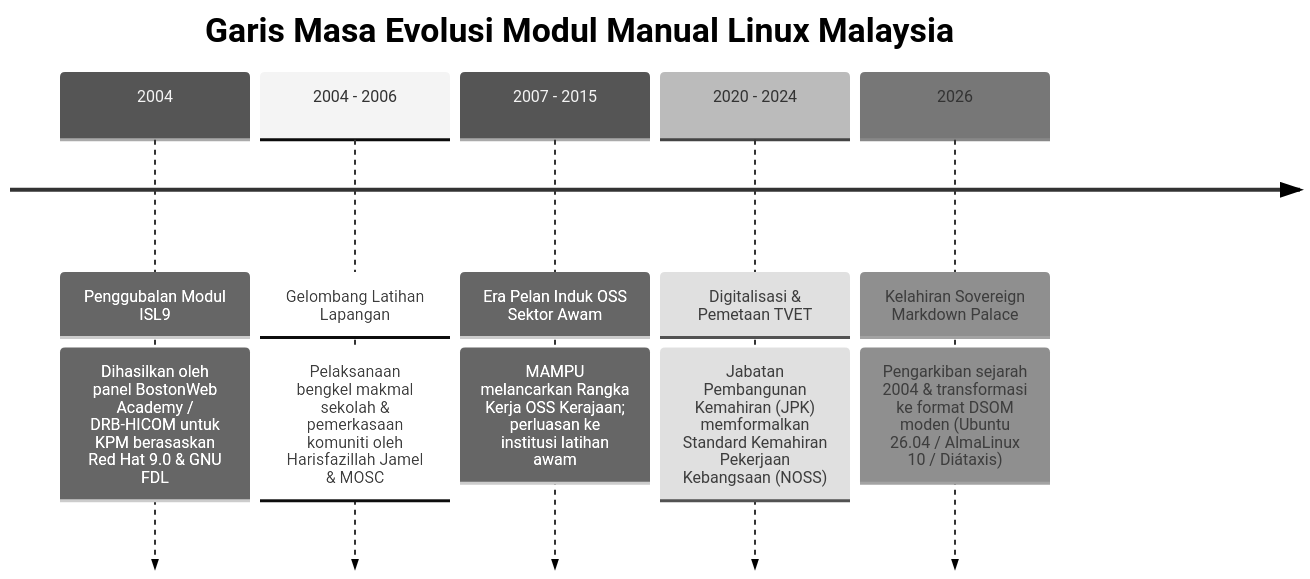
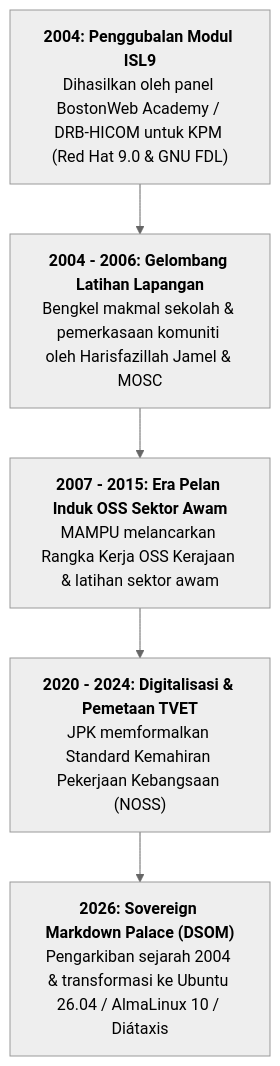
Before and after one commit to linuxmalaysia/all-my-notes-as-linux-sysadmin: the diagram in docs/explanation/sejarah-dokumen-asal-linux-kpm.md, drawn with Mermaid (neutral theme).

Commit message:
fix(docs): replace unsupported timeline mermaid syntax with standard graph TD
- Fixed mermaid render error in docs/explanation/sejarah-dokumen-asal-linux-kpm.md.
- Replaced timeline with standard flowchart graph TD nodes.
- 100% test compliance verified.

````diff
--- a/docs/explanation/sejarah-dokumen-asal-linux-kpm.md
+++ b/docs/explanation/sejarah-dokumen-asal-linux-kpm.md
@@ -54,9 +54,13 @@
 ```mermaid
-timeline
-    title Garis Masa Evolusi Modul Manual Linux Malaysia
-    2004 : Penggubalan Modul ISL9 : Dihasilkan oleh panel BostonWeb Academy / DRB-HICOM untuk KPM berasaskan Red Hat 9.0 & GNU FDL
-    2004 - 2006 : Gelombang Latihan Lapangan : Pelaksanaan bengkel makmal sekolah & pemerkasaan komuniti oleh Harisfazillah Jamel & MOSC
-    2007 - 2015 : Era Pelan Induk OSS Sektor Awam : MAMPU melancarkan Rangka Kerja OSS Kerajaan; perluasan ke institusi latihan awam
-    2020 - 2024 : Digitalisasi & Pemetaan TVET : Jabatan Pembangunan Kemahiran (JPK) memformalkan Standard Kemahiran Pekerjaan Kebangsaan (NOSS)
-    2026 : Kelahiran Sovereign Markdown Palace : Pengarkiban sejarah 2004 & transformasi ke format DSOM moden (Ubuntu 26.04 / AlmaLinux 10 / Diátaxis)
+graph TD
+    Y2004["<b>2004: Penggubalan Modul ISL9</b><br/>Dihasilkan oleh panel BostonWeb Academy / DRB-HICOM untuk KPM (Red Hat 9.0 & GNU FDL)"]
+    Y2006["<b>2004 - 2006: Gelombang Latihan Lapangan</b><br/>Bengkel makmal sekolah & pemerkasaan komuniti oleh Harisfazillah Jamel & MOSC"]
+    Y2015["<b>2007 - 2015: Era Pelan Induk OSS Sektor Awam</b><br/>MAMPU melancarkan Rangka Kerja OSS Kerajaan & latihan sektor awam"]
+    Y2024["<b>2020 - 2024: Digitalisasi & Pemetaan TVET</b><br/>JPK memformalkan Standard Kemahiran Pekerjaan Kebangsaan (NOSS)"]
+    Y2026["<b>2026: Sovereign Markdown Palace (DSOM)</b><br/>Pengarkiban sejarah 2004 & transformasi ke Ubuntu 26.04 / AlmaLinux 10 / Diátaxis"]
+
+    Y2004 --> Y2006
+    Y2006 --> Y2015
+    Y2015 --> Y2024
+    Y2024 --> Y2026
 ```
````
